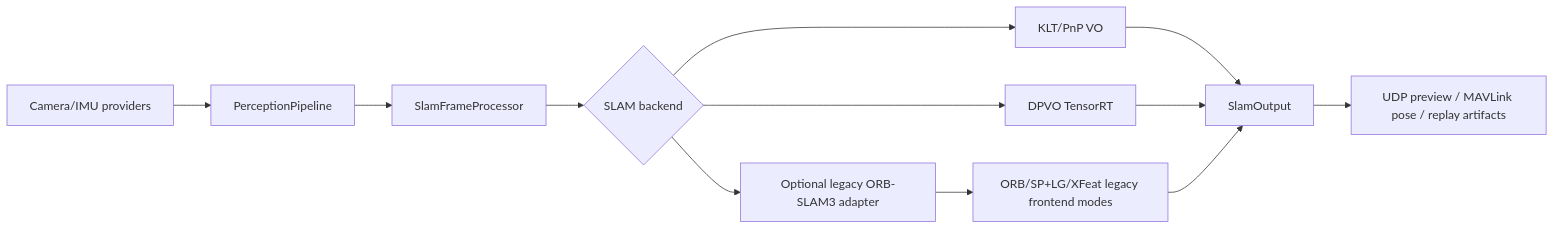
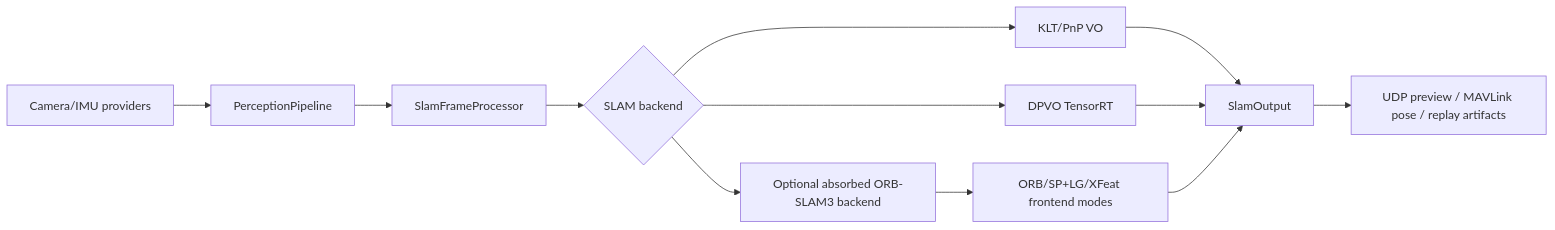
The diagram in INSTRUCTION.md (litingzhang/SmartDrone), drawn with Mermaid before and after one commit. The commit also changed other lines of this file and 173 other files, not shown here.

````diff
--- a/INSTRUCTION.md
+++ b/INSTRUCTION.md
@@ -26,14 +26,14 @@
 ```mermaid
 flowchart LR
     A[Camera/IMU providers] --> B[PerceptionPipeline]
     B --> C[SlamFrameProcessor]
     C --> D{SLAM backend}
     D --> E[KLT/PnP VO]
     D --> F[DPVO TensorRT]
-    D --> G[Optional legacy ORB-SLAM3 adapter]
-    G --> I[ORB/SP+LG/XFeat legacy frontend modes]
+    D --> G[Optional absorbed ORB-SLAM3 backend]
+    G --> I[ORB/SP+LG/XFeat frontend modes]
     E --> H[SlamOutput]
     F --> H
     I --> H
     H --> J[UDP preview / MAVLink pose / replay artifacts]
 ```
````
